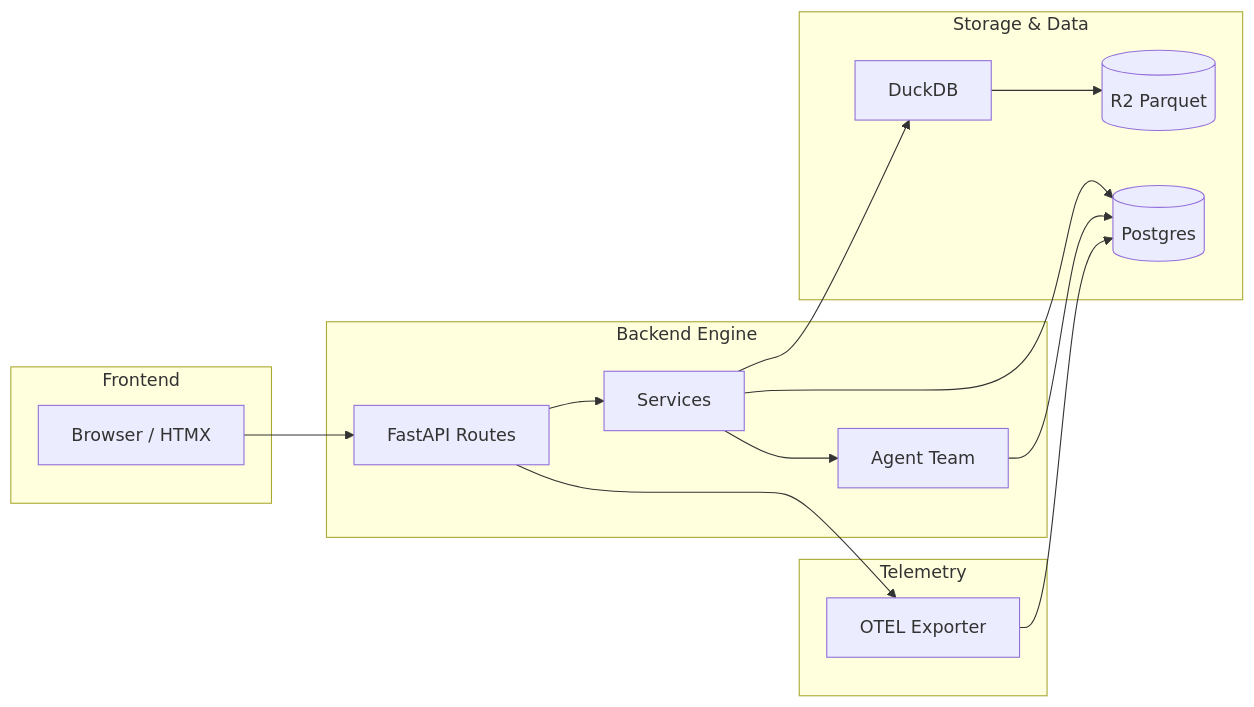
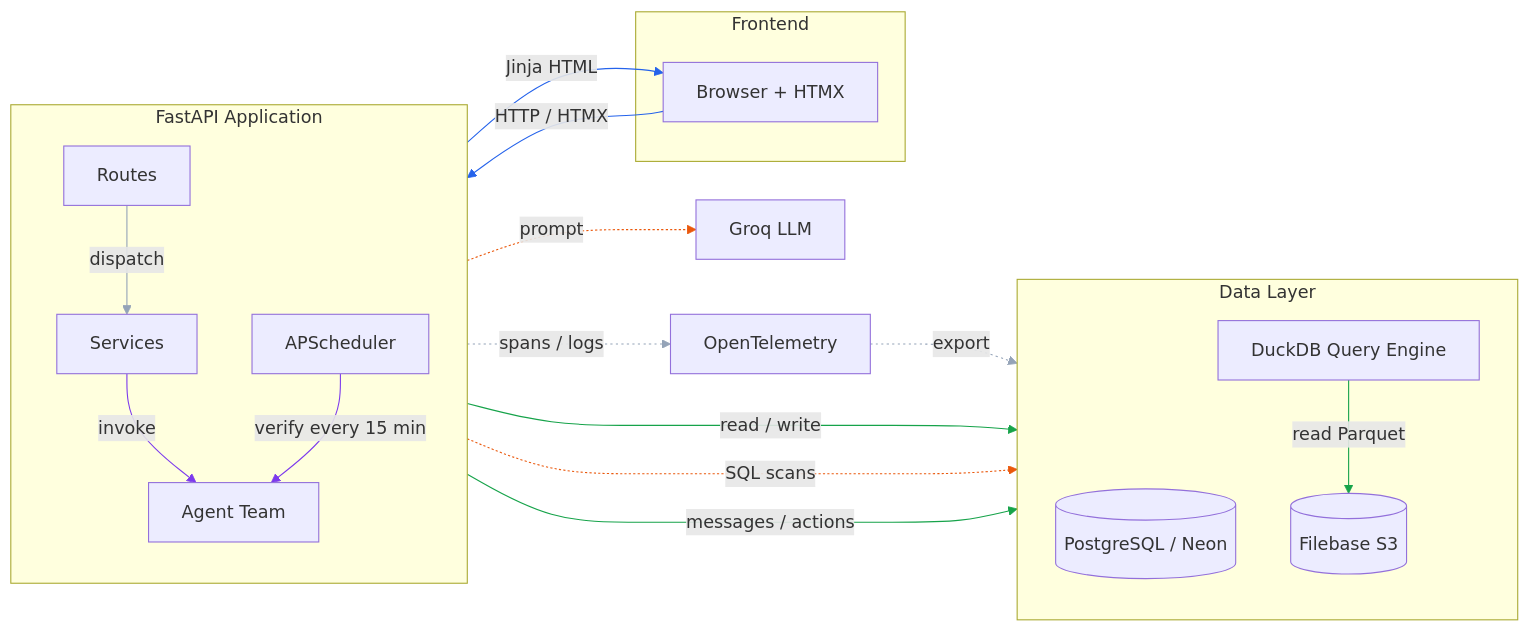
One commit to rlp-jym/zoomcamp-ai-dev-cohort-2026 changed the second of 2 diagrams in revenue_data_reliability/README.md. Above: the diagram before and after it, drawn with Mermaid. The commit also changed other lines of this file and 3 other files, not shown here.

Commit message:
docs: sync architecture with README and Filebase

````diff
--- a/revenue_data_reliability/README.md
+++ b/revenue_data_reliability/README.md
@@ -120,24 +120,40 @@
 ```mermaid
 flowchart LR
     subgraph Frontend
-        U[Browser / HTMX]
+        U[Browser + HTMX]
     end
 
-    subgraph Backend Engine
-        F[FastAPI Routes] --> S[Services]
-        S --> A[Agent Team]
+    subgraph App["FastAPI Application"]
+        direction TB
+        F[Routes] -->|dispatch| S[Services]
+        S -->|invoke| A[Agent Team]
+        SCH[APScheduler] -->|verify every 15 min| A
     end
 
-    subgraph "Storage & Data"
-        S --> D[DuckDB] --> R[(R2 Parquet)]
-        S --> P[(Postgres)]
-        A --> P
+    subgraph Data["Data Layer"]
+        direction TB
+        P[(PostgreSQL / Neon)]
+        D[DuckDB Query Engine]
+        R[(Filebase S3)]
     end
 
-    subgraph Telemetry
-        F --> O[OTEL Exporter] --> P
-    end
+    L[Groq LLM]
+    O[OpenTelemetry]
 
-    U --> F
+    U -->|HTTP / HTMX| F
+    F -->|Jinja HTML| U
+    S -->|read / write| P
+    S -.->|SQL scans| D
+    D -->|read Parquet| R
+    A -.->|prompt| L
+    A -->|messages / actions| P
+    F -->|spans / logs| O
+    O -->|export| P
 
+    linkStyle 0 stroke:#94a3b8,stroke-width:1px
+    linkStyle 3,4 stroke:#2563eb,stroke-width:1px
+    linkStyle 1,2 stroke:#7c3aed,stroke-width:1px
+    linkStyle 5,7,9 stroke:#16a34a,stroke-width:1px
+    linkStyle 6,8 stroke:#ea580c,stroke-width:1px
+    linkStyle 10,11 stroke:#94a3b8,stroke-width:1px,stroke-dasharray: 2 3
 ```
````
